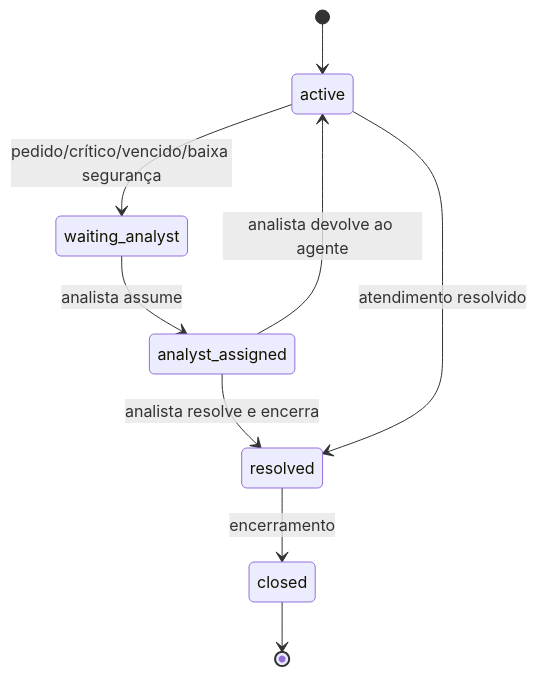
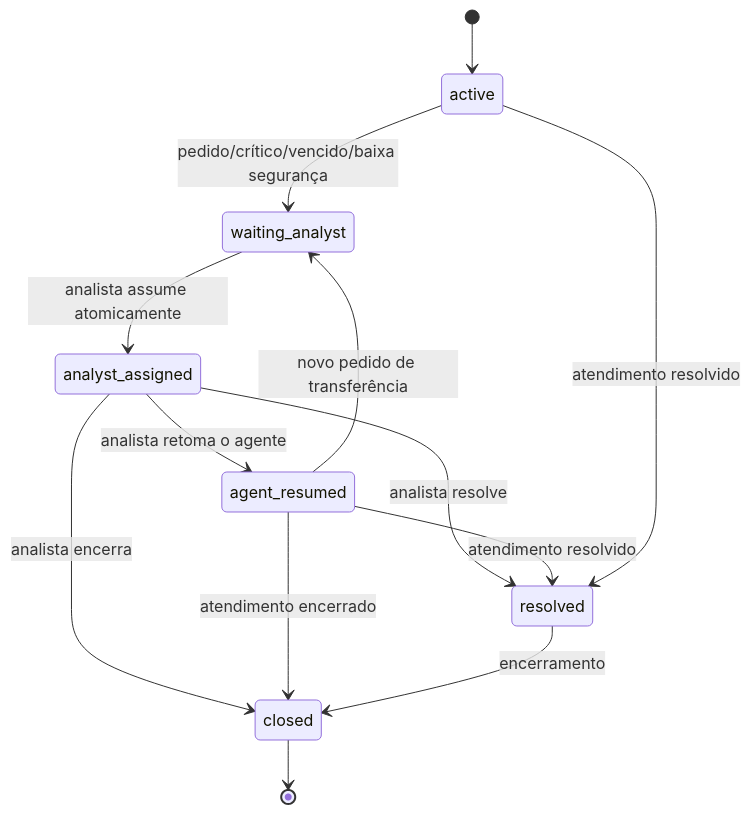
The second of 2 diagrams in docs/DATA_MODEL.md (lucianomenddes/nexo-assist), drawn with Mermaid before and after one commit. The commit also changed other lines of this file and 30 other files, not shown here.

````diff
--- a/docs/DATA_MODEL.md
+++ b/docs/DATA_MODEL.md
@@ -139,11 +140,15 @@
 ```mermaid
 stateDiagram-v2
     [*] --> active
     active --> waiting_analyst: pedido/crítico/vencido/baixa segurança
-    waiting_analyst --> analyst_assigned: analista assume
-    analyst_assigned --> active: analista devolve ao agente
-    analyst_assigned --> resolved: analista resolve e encerra
+    waiting_analyst --> analyst_assigned: analista assume atomicamente
+    analyst_assigned --> agent_resumed: analista retoma o agente
+    analyst_assigned --> resolved: analista resolve
+    analyst_assigned --> closed: analista encerra
+    agent_resumed --> resolved: atendimento resolvido
+    agent_resumed --> closed: atendimento encerrado
+    agent_resumed --> waiting_analyst: novo pedido de transferência
+    resolved --> closed: encerramento
     active --> resolved: atendimento resolvido
-    resolved --> closed: encerramento
     closed --> [*]
 ```
````
